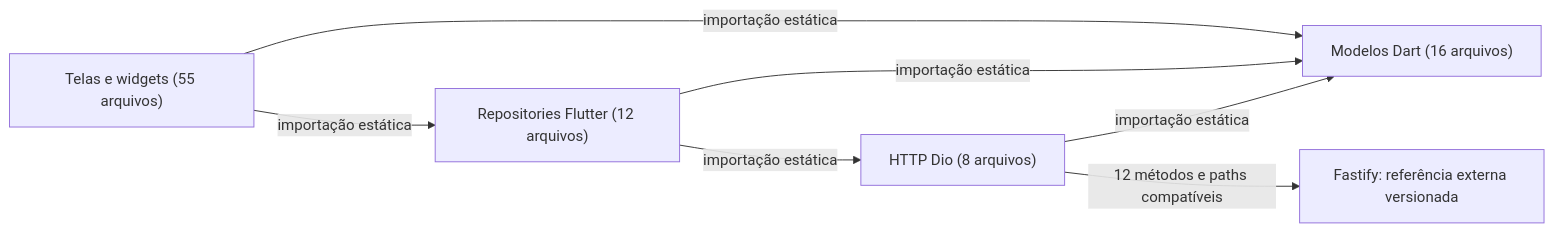
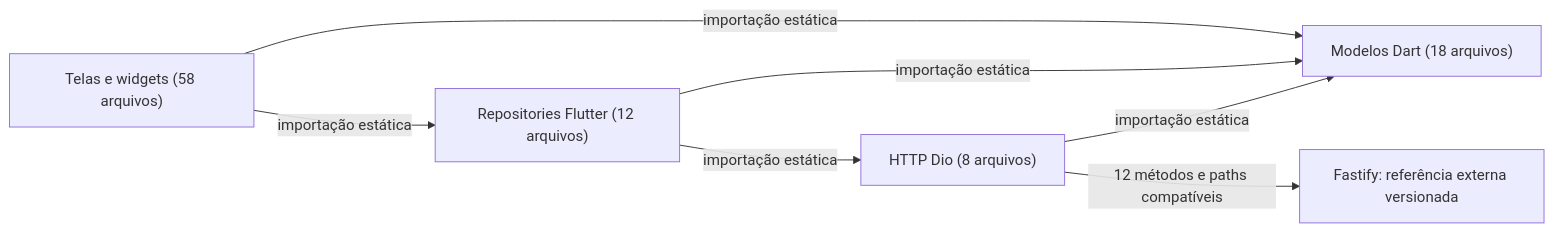
The first of 2 diagrams in docs/arquitetura/README.md (richardcastrogois/TrainForge), drawn with Mermaid before and after one commit. The commit also changed other lines of this file and 65 other files, not shown here.

````diff
--- a/docs/arquitetura/README.md
+++ b/docs/arquitetura/README.md
@@ -19,14 +19,14 @@
 ```mermaid
 flowchart LR
-    node0["Telas e widgets (55 arquivos)"]
+    node0["Telas e widgets (58 arquivos)"]
     node1["Repositories Flutter (12 arquivos)"]
     node2["HTTP Dio (8 arquivos)"]
-    node3["Modelos Dart (16 arquivos)"]
+    node3["Modelos Dart (18 arquivos)"]
     node4["Fastify: referência externa versionada"]
     node2 -->|"importação estática"| node3
     node1 -->|"importação estática"| node2
     node1 -->|"importação estática"| node3
     node0 -->|"importação estática"| node3
     node0 -->|"importação estática"| node1
     node2 -->|"12 métodos e paths compatíveis"| node4
 ```
````
